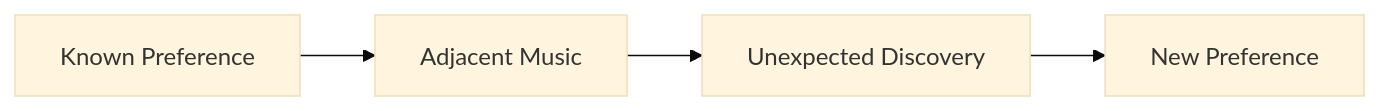
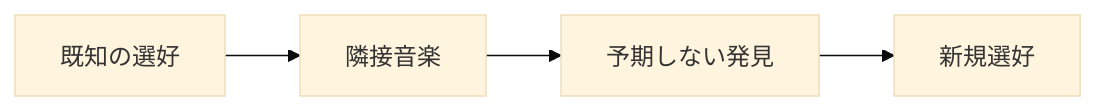
Before and after one commit to ShigeichiroYamasaki/creator-first-platform: the seventh of 35 diagrams in docs/whitepaper/08-discovery-community.md, drawn with Mermaid (base theme). The commit also changed other lines of this file and 72 other files, not shown here.

````diff
--- a/docs/whitepaper/08-discovery-community.md
+++ b/docs/whitepaper/08-discovery-community.md
@@ -285,9 +285,9 @@
 ```mermaid
 flowchart LR
-    KNOWN[Known Preference]
-    NEAR[Adjacent Music]
-    UNEXPECTED[Unexpected Discovery]
-    NEWTASTE[New Preference]
+    KNOWN[既知の選好]
+    NEAR[隣接音楽]
+    UNEXPECTED[予期しない発見]
+    NEWTASTE[新規選好]
 
     KNOWN --> NEAR --> UNEXPECTED --> NEWTASTE
 ```
````
